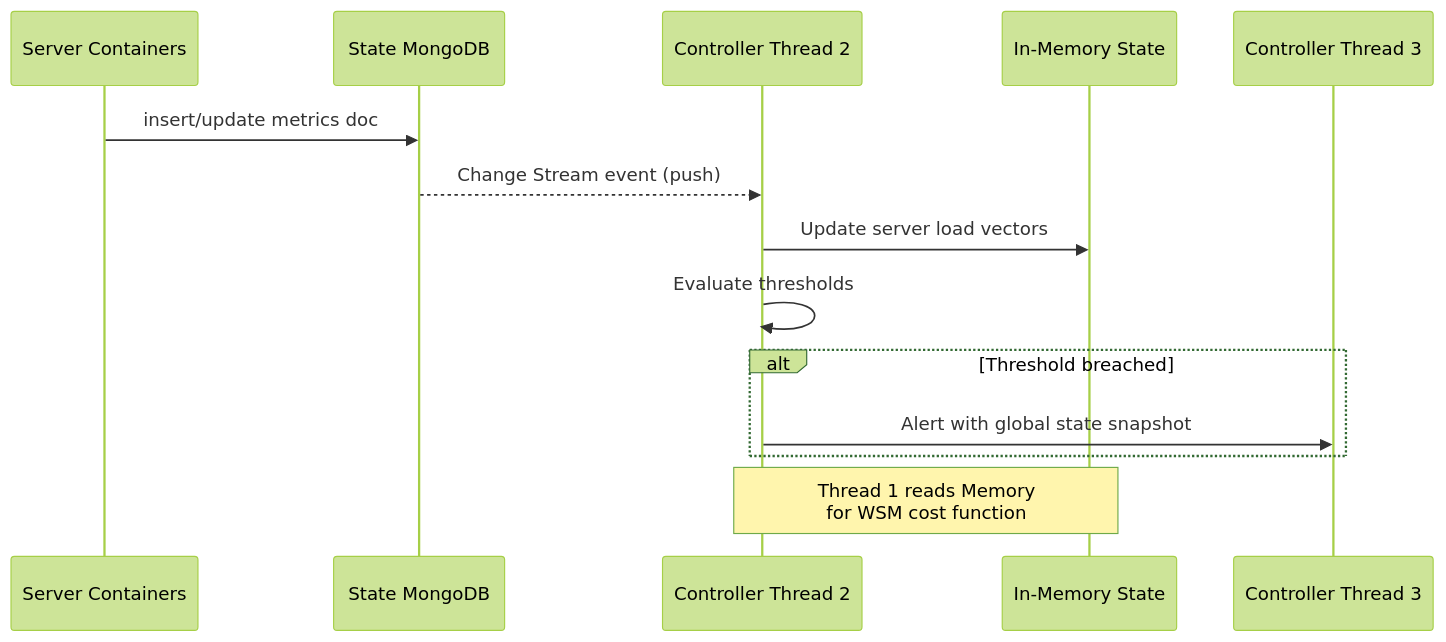
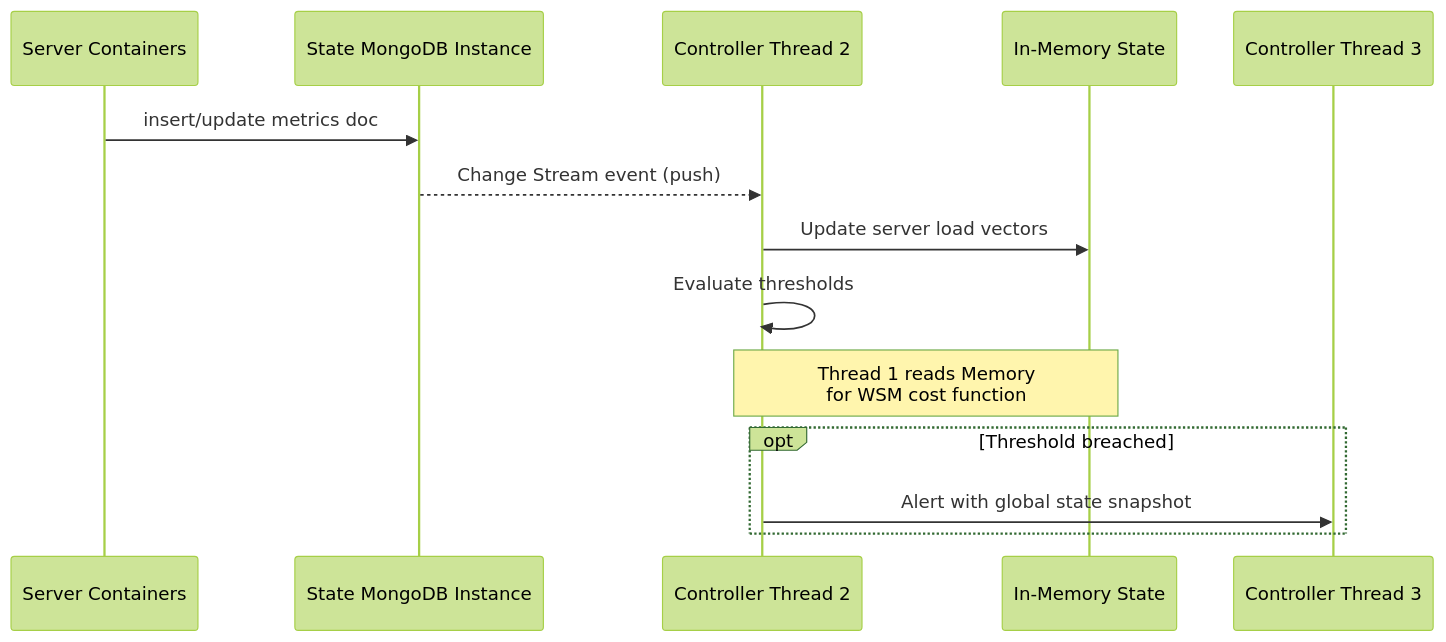
The fourth of 23 diagrams in docs/operation/system_mechanisms.md (poioe20p/efficient-storage-in-edge-scenarios), drawn with Mermaid (forest theme) before and after one commit. The commit also changed other lines of this file and 25 other files, not shown here.

````diff
--- a/docs/operation/system_mechanisms.md
+++ b/docs/operation/system_mechanisms.md
@@ -155,17 +196,17 @@
 ```mermaid
 sequenceDiagram
     participant Servers as Server Containers
-    participant StateMongo as State MongoDB
+    participant StateMongo as State MongoDB Instance
     participant T2 as Controller Thread 2
     participant Memory as In-Memory State
     participant T3 as Controller Thread 3
 
     Servers->>StateMongo: insert/update metrics doc
     StateMongo-->>T2: Change Stream event (push)
     T2->>Memory: Update server load vectors
     T2->>T2: Evaluate thresholds
-    alt Threshold breached
+    Note over T2,Memory: Thread 1 reads Memory<br/>for WSM cost function
+    opt Threshold breached
         T2->>T3: Alert with global state snapshot
     end
-    Note over T2,Memory: Thread 1 reads Memory<br/>for WSM cost function
 ```
````
